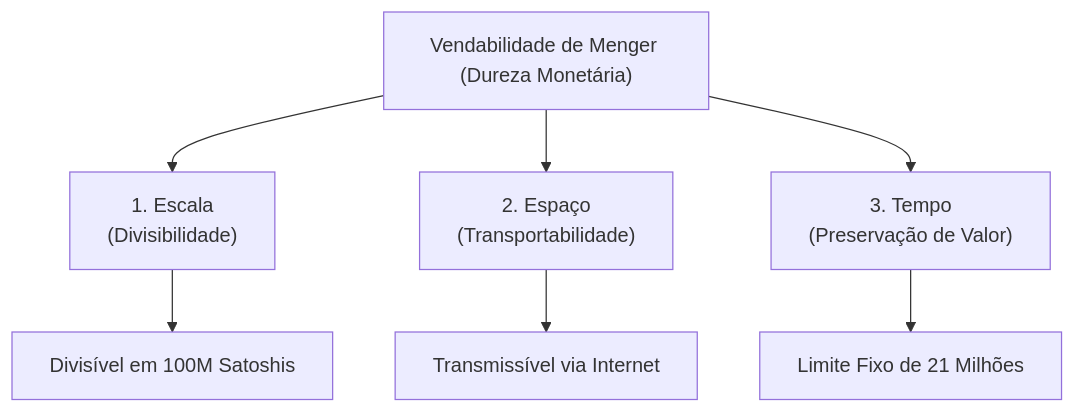
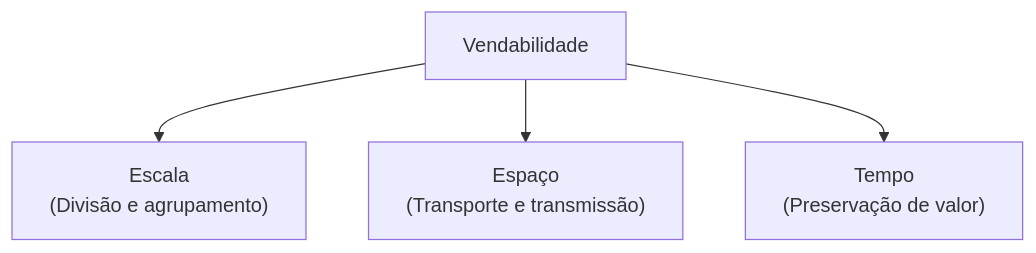
Before and after one commit to 7arthurfmelo-source/wiki: the diagram in content/05_Soberania_Digital_e_Bitcoin/02-bitcoin-as-5-fases-da-adocao-monetaria.md, drawn with Mermaid. The commit also changed other lines of this file and 4 other files, not shown here.

````diff
--- a/content/05_Soberania_Digital_e_Bitcoin/02-bitcoin-as-5-fases-da-adocao-monetaria.md
+++ b/content/05_Soberania_Digital_e_Bitcoin/02-bitcoin-as-5-fases-da-adocao-monetaria.md
@@ -141,10 +84,6 @@
 ```mermaid
 graph TD
-    V["Vendabilidade de Menger (Dureza Monetária)"] --> E["1. Escala<br>(Divisibilidade)"]
-    V --> S["2. Espaço<br>(Transportabilidade)"]
-    V --> T["3. Tempo<br>(Preservação de Valor)"]
-    
-    E --> VE["Divisível em 100M Satoshis"]
-    S --> VS["Transmissível via Internet"]
-    T --> VT["Limite Fixo de 21 Milhões"]
+    V["Vendabilidade"] --> E["Escala<br>(Divisão e agrupamento)"]
+    V --> S["Espaço<br>(Transporte e transmissão)"]
+    V --> T["Tempo<br>(Preservação de valor)"]
 ```
````
